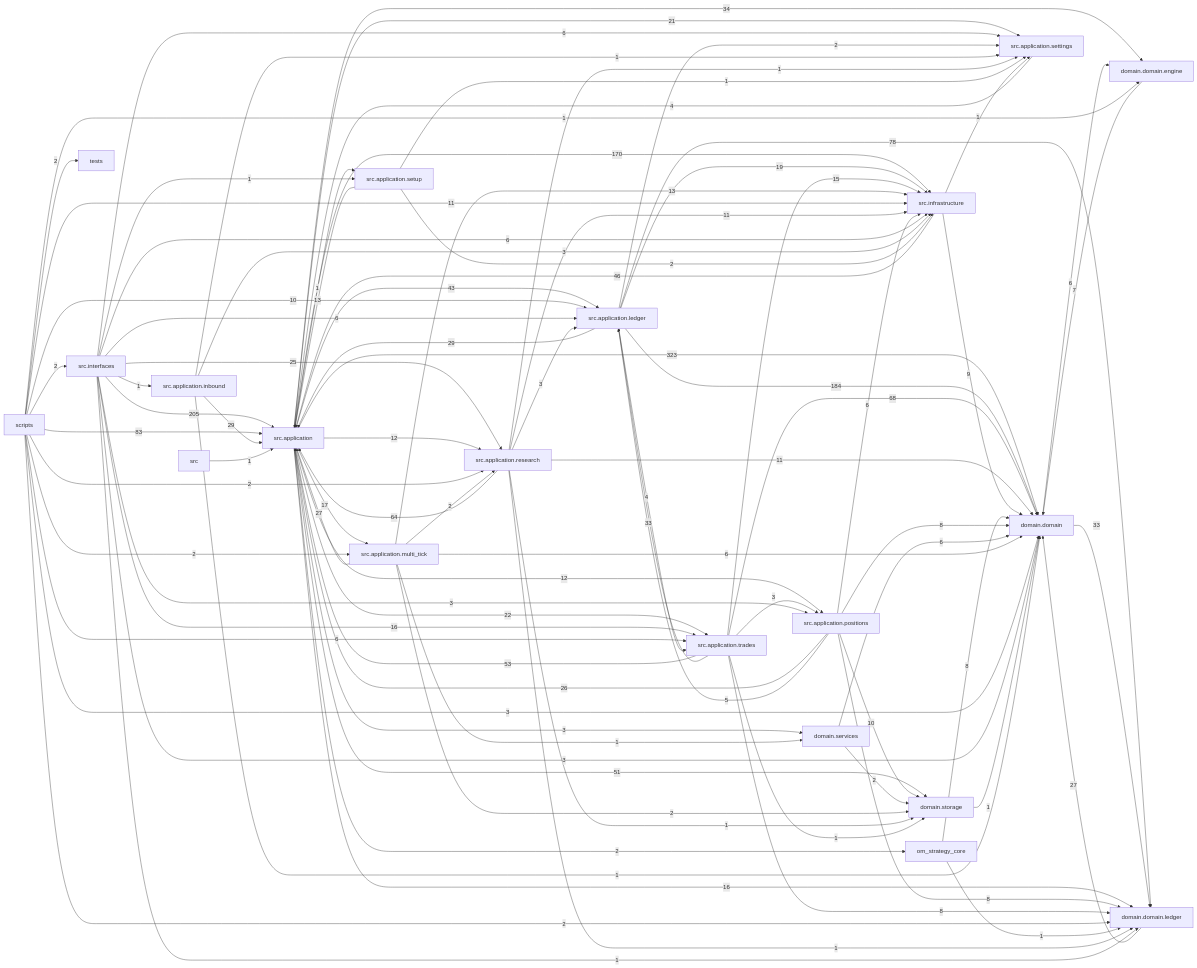
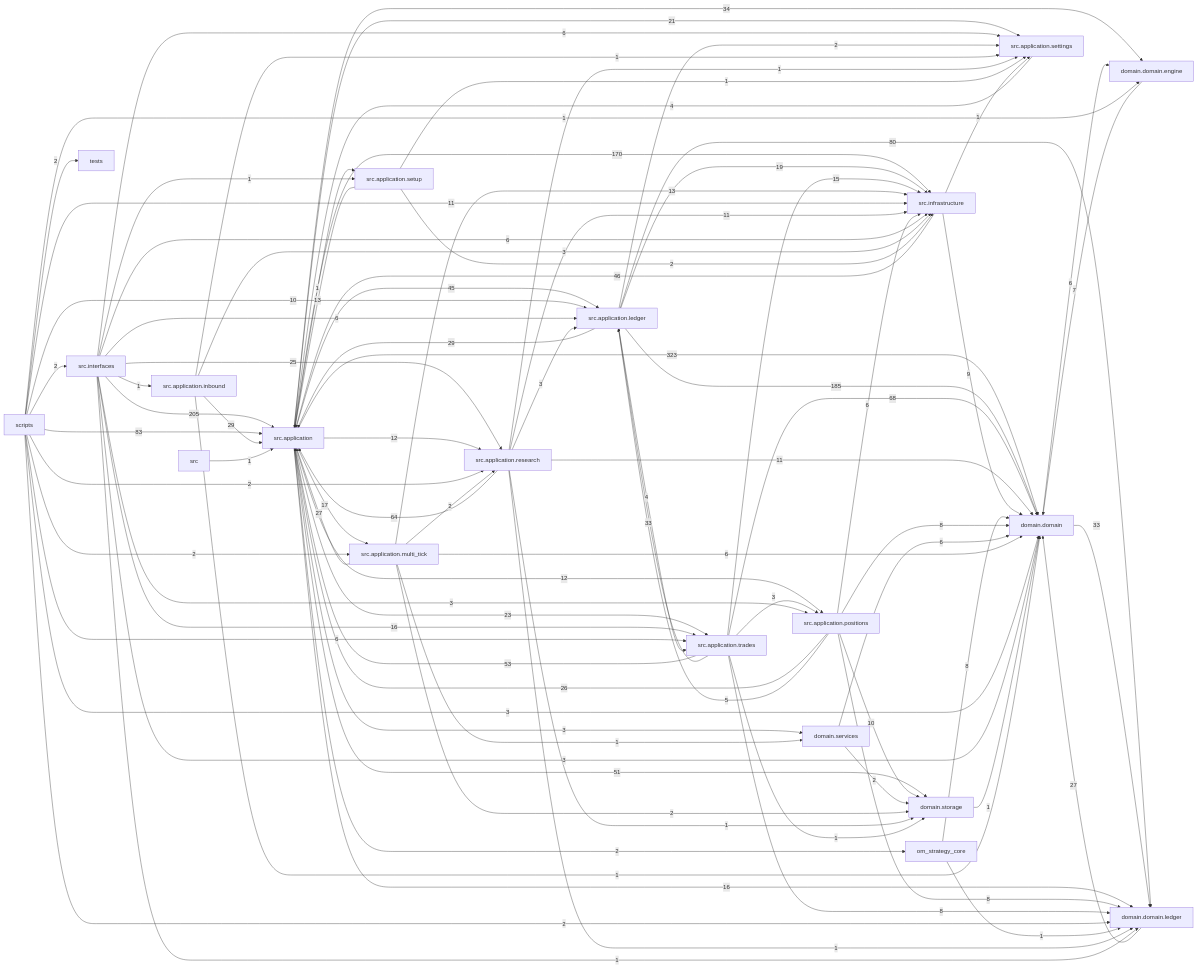
One commit to liuxie066/options-monitor changed the diagram in docs/dependency_graph.mmd. Above: the diagram before and after it, drawn with Mermaid. The commit also changed 73 other files, not shown here.

```diff
--- a/docs/dependency_graph.mmd
+++ b/docs/dependency_graph.mmd
@@ -1,90 +1,90 @@
 flowchart LR
   src_application["src.application"] -->|323| domain_domain["domain.domain"]
   src_interfaces["src.interfaces"] -->|205| src_application["src.application"]
-  src_application_ledger["src.application.ledger"] -->|184| domain_domain["domain.domain"]
+  src_application_ledger["src.application.ledger"] -->|185| domain_domain["domain.domain"]
   src_application["src.application"] -->|170| src_infrastructure["src.infrastructure"]
   scripts["scripts"] -->|83| src_application["src.application"]
-  src_application_ledger["src.application.ledger"] -->|78| domain_domain_ledger["domain.domain.ledger"]
+  src_application_ledger["src.application.ledger"] -->|80| domain_domain_ledger["domain.domain.ledger"]
   src_application_trades["src.application.trades"] -->|68| domain_domain["domain.domain"]
   src_application_research["src.application.research"] -->|64| src_application["src.application"]
   src_application_trades["src.application.trades"] -->|53| src_application["src.application"]
   src_application["src.application"] -->|51| domain_storage["domain.storage"]
   src_infrastructure["src.infrastructure"] -->|46| src_application["src.application"]
-  src_application["src.application"] -->|43| src_application_ledger["src.application.ledger"]
+  src_application["src.application"] -->|45| src_application_ledger["src.application.ledger"]
   src_application["src.application"] -->|34| domain_domain_engine["domain.domain.engine"]
   domain_domain["domain.domain"] -->|33| domain_domain_ledger["domain.domain.ledger"]
   src_application_trades["src.application.trades"] -->|33| src_application_ledger["src.application.ledger"]
   src_application_inbound["src.application.inbound"] -->|29| src_application["src.application"]
   src_application_ledger["src.application.ledger"] -->|29| src_application["src.application"]
   domain_domain_ledger["domain.domain.ledger"] -->|27| domain_domain["domain.domain"]
   src_application_multi_tick["src.application.multi_tick"] -->|27| src_application["src.application"]
   src_application_positions["src.application.positions"] -->|26| src_application["src.application"]
   src_interfaces["src.interfaces"] -->|25| src_application_research["src.application.research"]
-  src_application["src.application"] -->|22| src_application_trades["src.application.trades"]
+  src_application["src.application"] -->|23| src_application_trades["src.application.trades"]
   src_application["src.application"] -->|21| src_application_settings["src.application.settings"]
   src_application_ledger["src.application.ledger"] -->|19| src_infrastructure["src.infrastructure"]
   src_application["src.application"] -->|17| src_application_multi_tick["src.application.multi_tick"]
   src_application["src.application"] -->|16| domain_domain_ledger["domain.domain.ledger"]
   src_interfaces["src.interfaces"] -->|16| src_application_trades["src.application.trades"]
   src_application_trades["src.application.trades"] -->|15| src_infrastructure["src.infrastructure"]
   src_application_multi_tick["src.application.multi_tick"] -->|13| src_infrastructure["src.infrastructure"]
   src_application_setup["src.application.setup"] -->|13| src_application["src.application"]
   src_application["src.application"] -->|12| src_application_positions["src.application.positions"]
   src_application["src.application"] -->|12| src_application_research["src.application.research"]
   scripts["scripts"] -->|11| src_infrastructure["src.infrastructure"]
   src_application_research["src.application.research"] -->|11| domain_domain["domain.domain"]
   src_application_research["src.application.research"] -->|11| src_infrastructure["src.infrastructure"]
   scripts["scripts"] -->|10| src_application_ledger["src.application.ledger"]
   src_application_positions["src.application.positions"] -->|10| domain_storage["domain.storage"]
   src_infrastructure["src.infrastructure"] -->|9| domain_domain["domain.domain"]
   om_strategy_core["om_strategy_core"] -->|8| domain_domain["domain.domain"]
   src_application_positions["src.application.positions"] -->|8| domain_domain["domain.domain"]
   src_application_positions["src.application.positions"] -->|8| domain_domain_ledger["domain.domain.ledger"]
   src_application_trades["src.application.trades"] -->|8| domain_domain_ledger["domain.domain.ledger"]
   domain_domain_engine["domain.domain.engine"] -->|7| domain_domain["domain.domain"]
   domain_domain["domain.domain"] -->|6| domain_domain_engine["domain.domain.engine"]
   domain_services["domain.services"] -->|6| domain_domain["domain.domain"]
   scripts["scripts"] -->|6| src_application_trades["src.application.trades"]
   src_application_multi_tick["src.application.multi_tick"] -->|6| domain_domain["domain.domain"]
   src_application_positions["src.application.positions"] -->|6| src_infrastructure["src.infrastructure"]
   src_interfaces["src.interfaces"] -->|6| src_application_ledger["src.application.ledger"]
   src_interfaces["src.interfaces"] -->|6| src_application_settings["src.application.settings"]
   src_interfaces["src.interfaces"] -->|6| src_infrastructure["src.infrastructure"]
   src_application_positions["src.application.positions"] -->|5| src_application_ledger["src.application.ledger"]
   src_application_ledger["src.application.ledger"] -->|4| src_application_trades["src.application.trades"]
   src_application_settings["src.application.settings"] -->|4| src_application["src.application"]
   scripts["scripts"] -->|3| domain_domain["domain.domain"]
   src_application["src.application"] -->|3| domain_services["domain.services"]
   src_application_inbound["src.application.inbound"] -->|3| src_infrastructure["src.infrastructure"]
   src_application_research["src.application.research"] -->|3| src_application_ledger["src.application.ledger"]
   src_application_trades["src.application.trades"] -->|3| src_application_positions["src.application.positions"]
   src_interfaces["src.interfaces"] -->|3| domain_domain["domain.domain"]
   src_interfaces["src.interfaces"] -->|3| src_application_positions["src.application.positions"]
   domain_services["domain.services"] -->|2| domain_storage["domain.storage"]
   scripts["scripts"] -->|2| domain_domain_ledger["domain.domain.ledger"]
   scripts["scripts"] -->|2| src_application_multi_tick["src.application.multi_tick"]
   scripts["scripts"] -->|2| src_application_research["src.application.research"]
   scripts["scripts"] -->|2| src_interfaces["src.interfaces"]
   scripts["scripts"] -->|2| tests["tests"]
   src_application["src.application"] -->|2| om_strategy_core["om_strategy_core"]
   src_application_ledger["src.application.ledger"] -->|2| src_application_settings["src.application.settings"]
   src_application_multi_tick["src.application.multi_tick"] -->|2| domain_storage["domain.storage"]
   src_application_multi_tick["src.application.multi_tick"] -->|2| src_application_research["src.application.research"]
   src_application_setup["src.application.setup"] -->|2| src_infrastructure["src.infrastructure"]
   domain_storage["domain.storage"] -->|1| domain_domain["domain.domain"]
   om_strategy_core["om_strategy_core"] -->|1| domain_domain_ledger["domain.domain.ledger"]
   scripts["scripts"] -->|1| domain_domain_engine["domain.domain.engine"]
   src["src"] -->|1| src_application["src.application"]
   src_application["src.application"] -->|1| src_application_setup["src.application.setup"]
   src_application_inbound["src.application.inbound"] -->|1| domain_domain["domain.domain"]
   src_application_inbound["src.application.inbound"] -->|1| src_application_settings["src.application.settings"]
   src_application_multi_tick["src.application.multi_tick"] -->|1| domain_services["domain.services"]
   src_application_research["src.application.research"] -->|1| domain_domain_ledger["domain.domain.ledger"]
   src_application_research["src.application.research"] -->|1| domain_storage["domain.storage"]
   src_application_research["src.application.research"] -->|1| src_application_settings["src.application.settings"]
   src_application_setup["src.application.setup"] -->|1| src_application_settings["src.application.settings"]
   src_application_trades["src.application.trades"] -->|1| domain_storage["domain.storage"]
   src_infrastructure["src.infrastructure"] -->|1| src_application_settings["src.application.settings"]
   src_interfaces["src.interfaces"] -->|1| domain_domain_ledger["domain.domain.ledger"]
   src_interfaces["src.interfaces"] -->|1| src_application_inbound["src.application.inbound"]
   src_interfaces["src.interfaces"] -->|1| src_application_setup["src.application.setup"]
```
